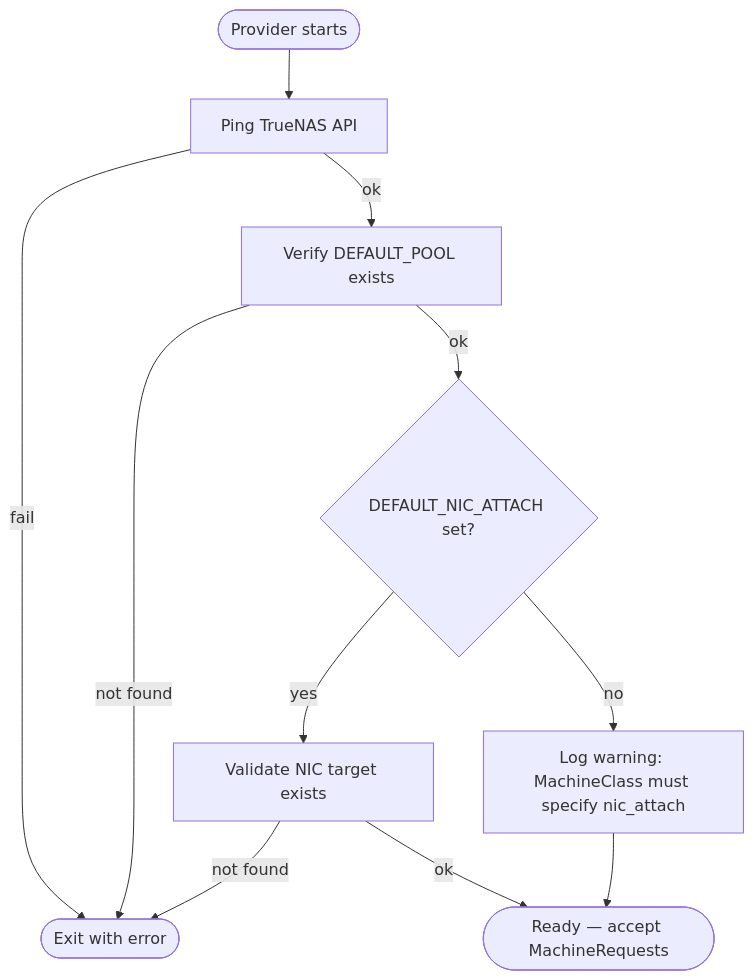
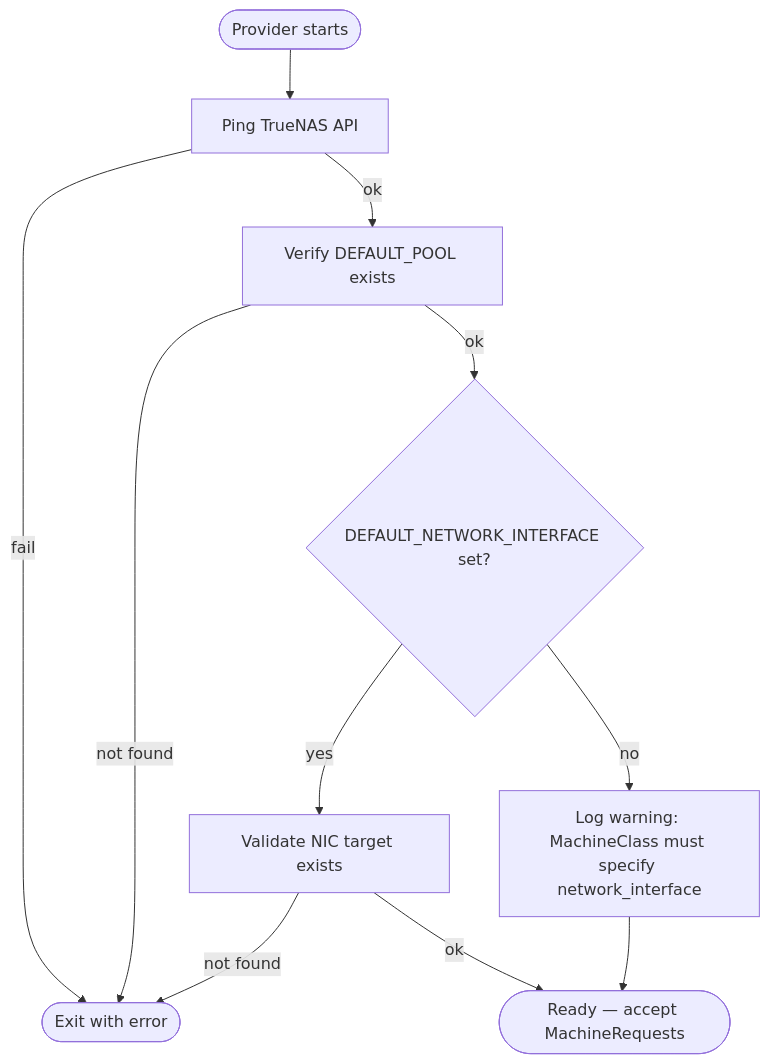
The sixth of 6 diagrams in docs/architecture.md (bearbinary/omni-infra-provider-truenas), drawn with Mermaid before and after one commit. The commit also changed 56 other files, not shown here.

````diff
--- a/docs/architecture.md
+++ b/docs/architecture.md
@@ -127,13 +127,13 @@
 ```mermaid
 flowchart TD
     Start([Provider starts]) --> Ping[Ping TrueNAS API]
     Ping -->|fail| Die([Exit with error])
     Ping -->|ok| Pool[Verify DEFAULT_POOL exists]
     Pool -->|not found| Die
-    Pool -->|ok| NIC{DEFAULT_NIC_ATTACH set?}
+    Pool -->|ok| NIC{DEFAULT_NETWORK_INTERFACE set?}
     NIC -->|yes| ValidateNIC[Validate NIC target exists]
     ValidateNIC -->|not found| Die
     ValidateNIC -->|ok| Ready([Ready — accept MachineRequests])
-    NIC -->|no| Warn[Log warning: MachineClass must specify nic_attach]
+    NIC -->|no| Warn[Log warning: MachineClass must specify network_interface]
     Warn --> Ready
 ```
````
